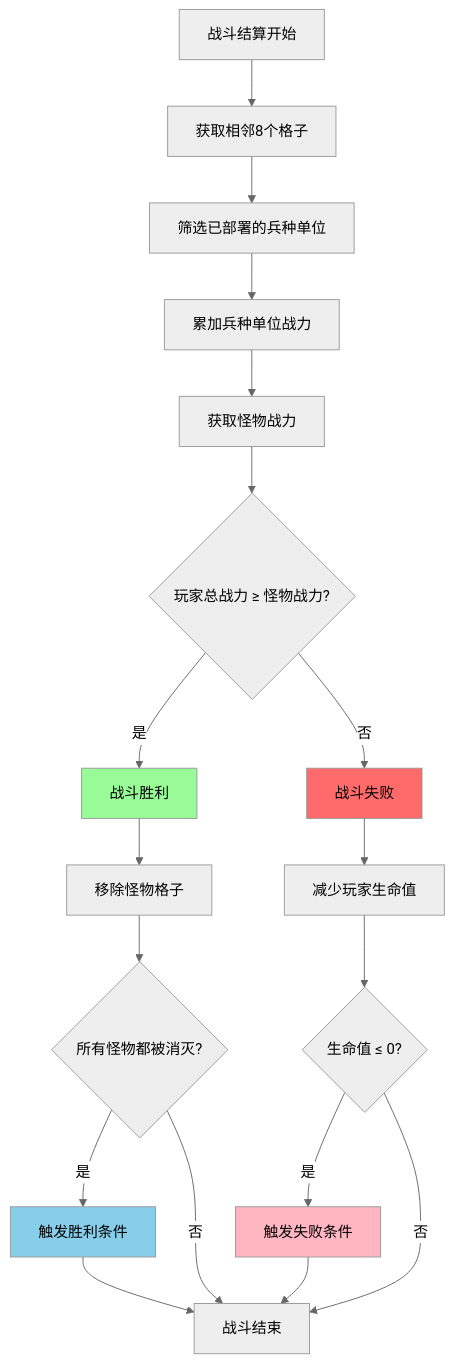
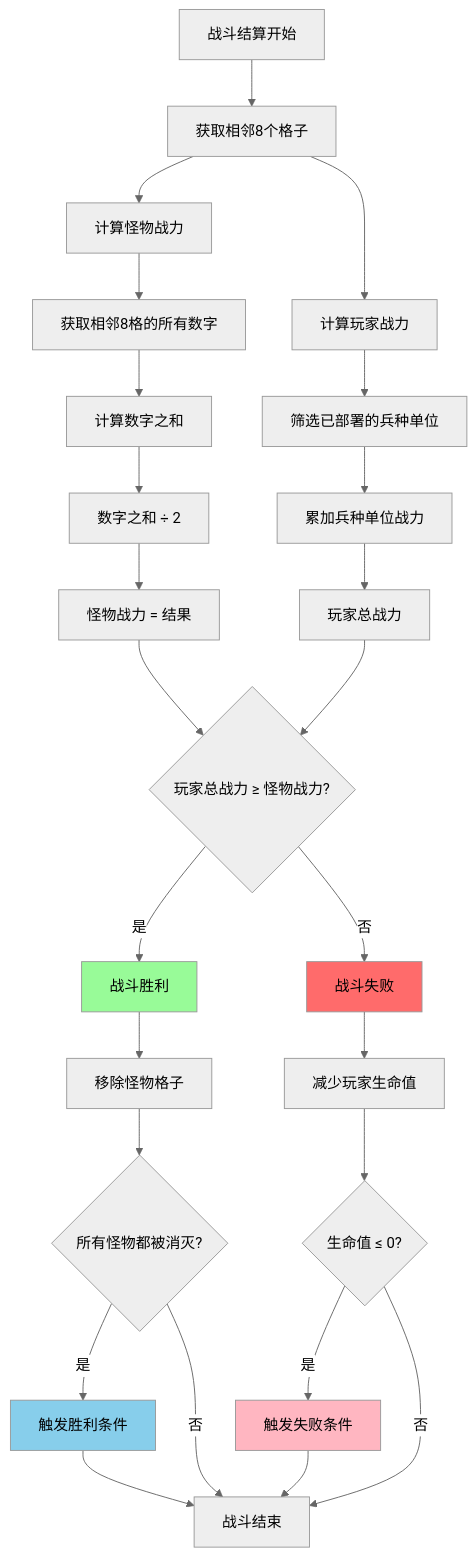
One commit to JourneyHans/MinefieldBattle changed the second of 4 diagrams in doc/流程图.md. Above: the diagram before and after it, drawn with Mermaid (neutral theme). The commit also changed other lines of this file, not shown here.

````diff
--- a/doc/流程图.md
+++ b/doc/流程图.md
@@ -56,29 +77,39 @@
 ```mermaid
 flowchart TD
     BattleStart[战斗结算开始] --> GetAdjacentCells[获取相邻8个格子]
-    GetAdjacentCells --> FilterDeployedUnits[筛选已部署的兵种单位]
+    
+    GetAdjacentCells --> CalcMonsterPower[计算怪物战力]
+    CalcMonsterPower --> GetAdjacentNumbers[获取相邻8格的所有数字]
+    GetAdjacentNumbers --> SumNumbers[计算数字之和]
+    SumNumbers --> DivideByTwo[数字之和 ÷ 2]
+    DivideByTwo --> MonsterPower[怪物战力 = 结果]
+    
+    GetAdjacentCells --> CalcPlayerPower[计算玩家战力]
+    CalcPlayerPower --> FilterDeployedUnits[筛选已部署的兵种单位]
     FilterDeployedUnits --> SumPlayerPower[累加兵种单位战力]
-    SumPlayerPower --> GetMonsterPower[获取怪物战力]
-    GetMonsterPower --> PowerCompare{玩家总战力 ≥ 怪物战力?}
+    SumPlayerPower --> PlayerPower[玩家总战力]
+    
+    MonsterPower --> PowerCompare{玩家总战力 ≥ 怪物战力?}
+    PlayerPower --> PowerCompare
     
     PowerCompare -->|是| Victory[战斗胜利]
     PowerCompare -->|否| Defeat[战斗失败]
     
     Victory --> RemoveMonster[移除怪物格子]
     RemoveMonster --> CheckAllMonsters{所有怪物都被消灭?}
     CheckAllMonsters -->|是| TriggerWin[触发胜利条件]
     CheckAllMonsters -->|否| BattleEnd[战斗结束]
     
     Defeat --> ReduceHealth[减少玩家生命值]
     ReduceHealth --> CheckHealth{生命值 ≤ 0?}
     CheckHealth -->|是| TriggerFail[触发失败条件]
     CheckHealth -->|否| BattleEnd
     
     TriggerWin --> BattleEnd
     TriggerFail --> BattleEnd
     
     style Victory fill:#98FB98
     style Defeat fill:#FF6B6B
     style TriggerWin fill:#87CEEB
     style TriggerFail fill:#FFB6C1
 ```
````
